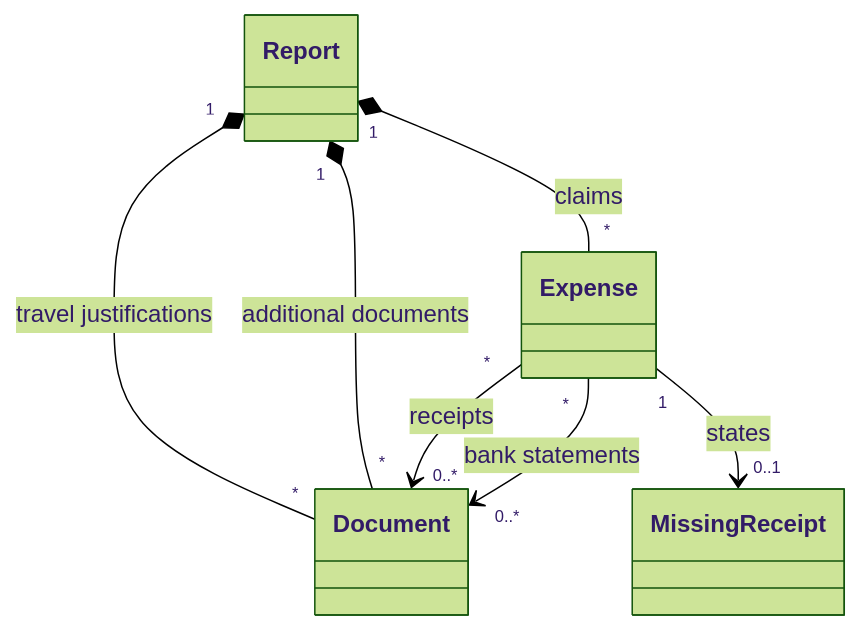
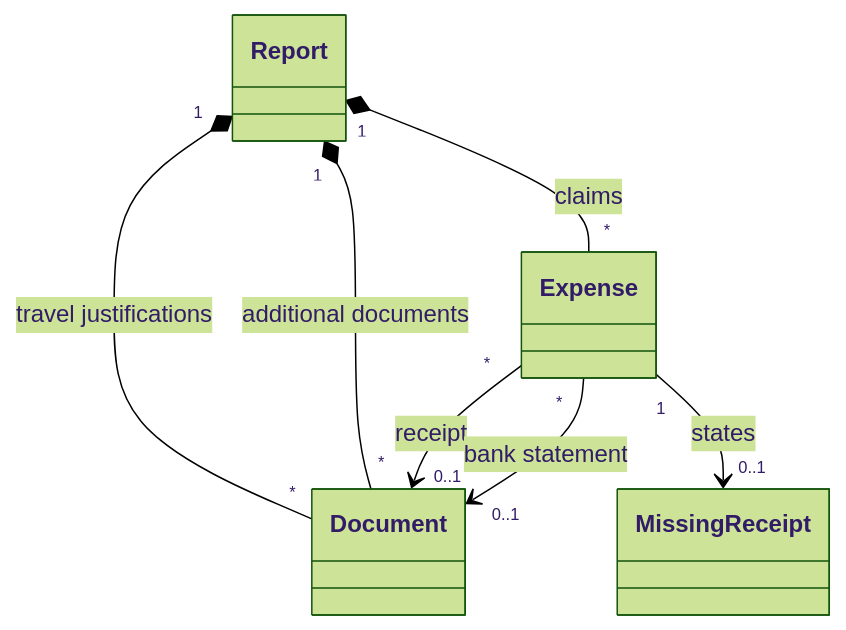
The diagram in docs/specs/domain-model.md (mosser/macreport), drawn with Mermaid (forest theme) before and after one commit. The commit also changed other lines of this file and 2 other files, not shown here.

````diff
--- a/docs/specs/domain-model.md
+++ b/docs/specs/domain-model.md
@@ -68,9 +70,9 @@
 ```mermaid
 classDiagram
   Report "1" *-- "*" Expense : claims
   Report "1" *-- "*" Document : travel justifications
   Report "1" *-- "*" Document : additional documents
-  Expense "*" --> "0..*" Document : receipts
-  Expense "*" --> "0..*" Document : bank statements
+  Expense "*" --> "0..1" Document : receipt
+  Expense "*" --> "0..1" Document : bank statement
   Expense "1" --> "0..1" MissingReceipt : states
 ```
````
